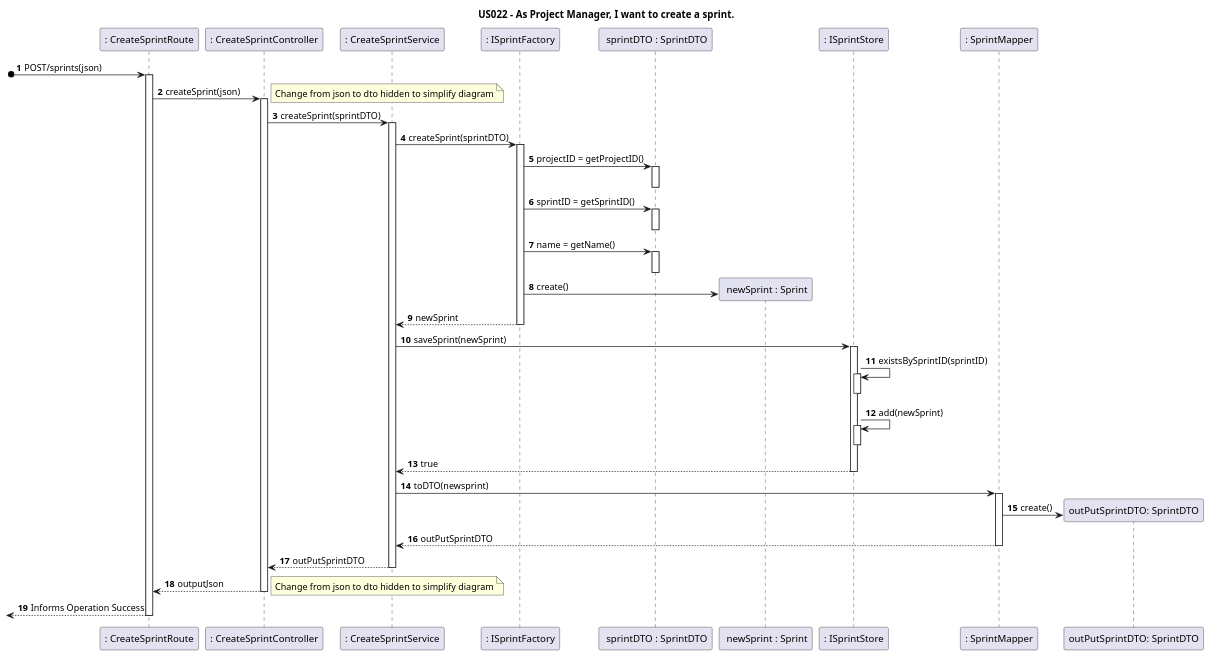
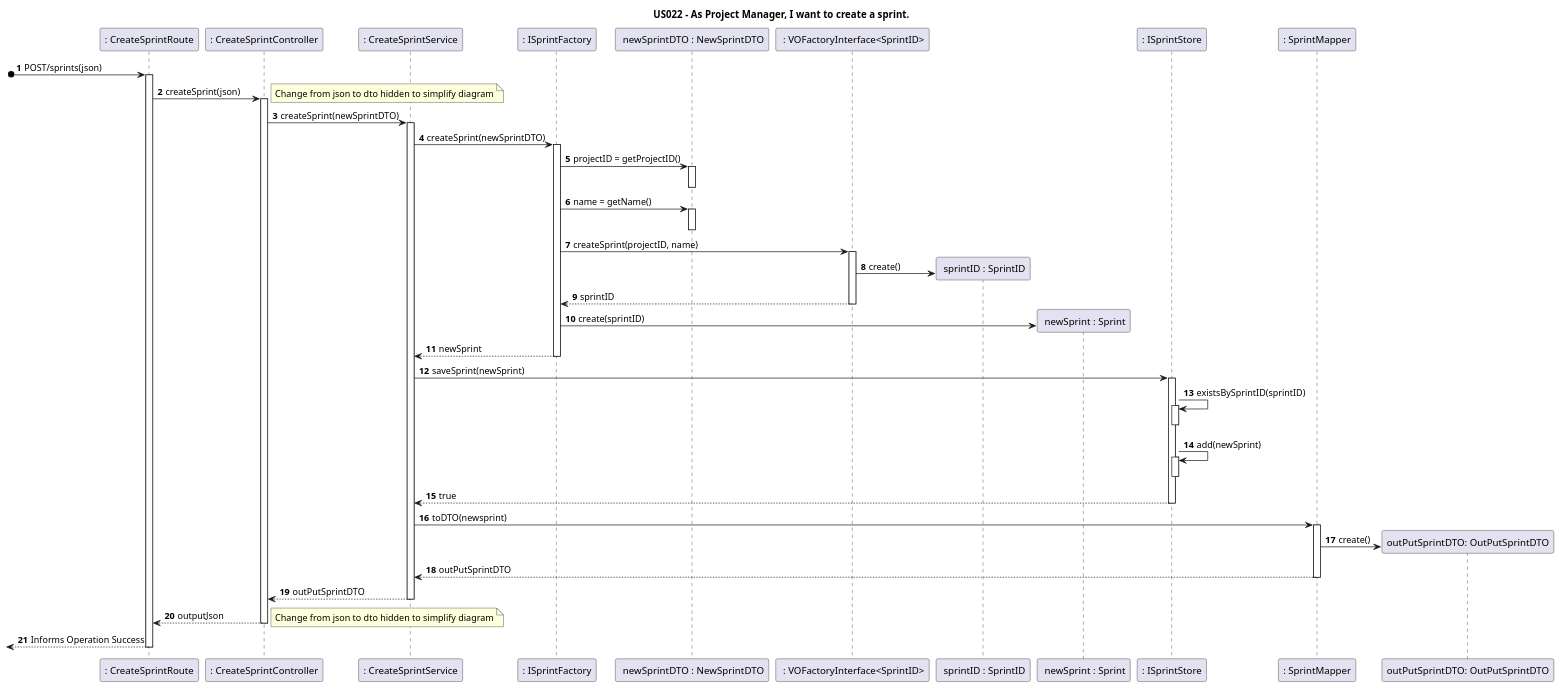
One commit to nunogon1211787/projectManagement changed the diagram in docs/Sprint2/US022/US022-SD-Reengenharia.puml. Above: the diagram before and after it, drawn with PlantUML. The commit also changed 1 other file, not shown here.

```diff
--- a/docs/Sprint2/US022/US022-SD-Reengenharia.puml
+++ b/docs/Sprint2/US022/US022-SD-Reengenharia.puml
@@ -1,49 +1,52 @@
 @startuml
 
 title US022 - As Project Manager, I want to create a sprint.
 
 autoactivate on
 autonumber
 
 participant ": CreateSprintRoute" as UI
 participant ": CreateSprintController" as Ctrl
 participant ": CreateSprintService" as createSprintService
 participant ": ISprintFactory" as sprintFactory
-participant " sprintDTO : SprintDTO" as sprintDTO
+participant " newSprintDTO : NewSprintDTO" as sprintDTO
+participant " : VOFactoryInterface<SprintID>" as voSprint
+participant " sprintID : SprintID" as sprintID
 participant " newSprint : Sprint" as sprint
 participant ": ISprintStore" as sprintStore
 participant ": SprintMapper" as sprintMapper
-participant "outPutSprintDTO: SprintDTO" as outPutSprintDTO
+participant "outPutSprintDTO: OutPutSprintDTO" as outPutSprintDTO
 
 
 [o-> UI: POST/sprints(json)
 UI -> Ctrl: createSprint(json)
 note right
 Change from json to dto hidden to simplify diagram
 end note
-Ctrl -> createSprintService: createSprint(sprintDTO)
-createSprintService -> sprintFactory: createSprint(sprintDTO)
+Ctrl -> createSprintService: createSprint(newSprintDTO)
+createSprintService -> sprintFactory: createSprint(newSprintDTO)
 sprintFactory -> sprintDTO: projectID = getProjectID()
-deactivate
-sprintFactory -> sprintDTO: sprintID = getSprintID()
 deactivate
 sprintFactory -> sprintDTO: name = getName()
 deactivate
-sprintFactory -> sprint**: create()
+sprintFactory -> voSprint: createSprint(projectID, name)
+voSprint -> sprintID**: create()
+voSprint --> sprintFactory: sprintID
+sprintFactory -> sprint**: create(sprintID)
 sprintFactory --> createSprintService: newSprint
 createSprintService -> sprintStore: saveSprint(newSprint)
 sprintStore -> sprintStore: existsBySprintID(sprintID)
 deactivate
 sprintStore -> sprintStore: add(newSprint)
 deactivate
 sprintStore --> createSprintService: true
 createSprintService -> sprintMapper: toDTO(newsprint)
 sprintMapper -> outPutSprintDTO**: create()
 sprintMapper --> createSprintService: outPutSprintDTO
 createSprintService --> Ctrl: outPutSprintDTO
 Ctrl --> UI: outputJson
 note right
 Change from json to dto hidden to simplify diagram
 end note
 [<--UI : Informs Operation Success
 @enduml
```
